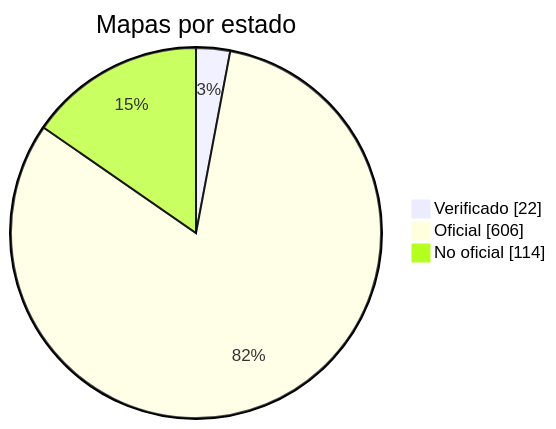
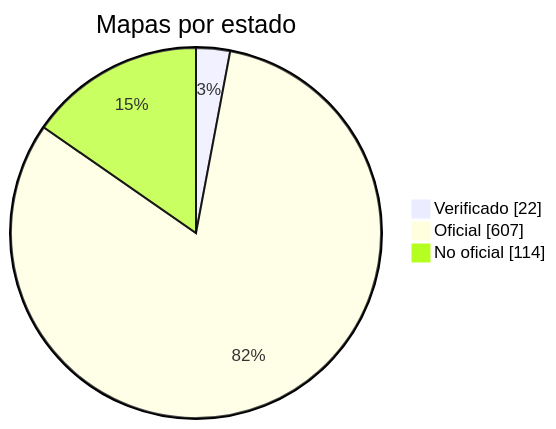
One commit to nobrega8/mbmap-library changed the diagram in docs/readme/README_ES.md. Above: the diagram before and after it, drawn with Mermaid. The commit also changed 6 other files, not shown here.

Commit message:
Add the Sistemas Industriales MI-430 and EM-530 flow meter map (closes #504) (#545)

````diff
--- a/docs/readme/README_ES.md
+++ b/docs/readme/README_ES.md
@@ -54,7 +54,7 @@
 ```mermaid
 pie showData
     title Mapas por estado
     "Verificado" : 22
-    "Oficial" : 606
+    "Oficial" : 607
     "No oficial" : 114
 ```
````
